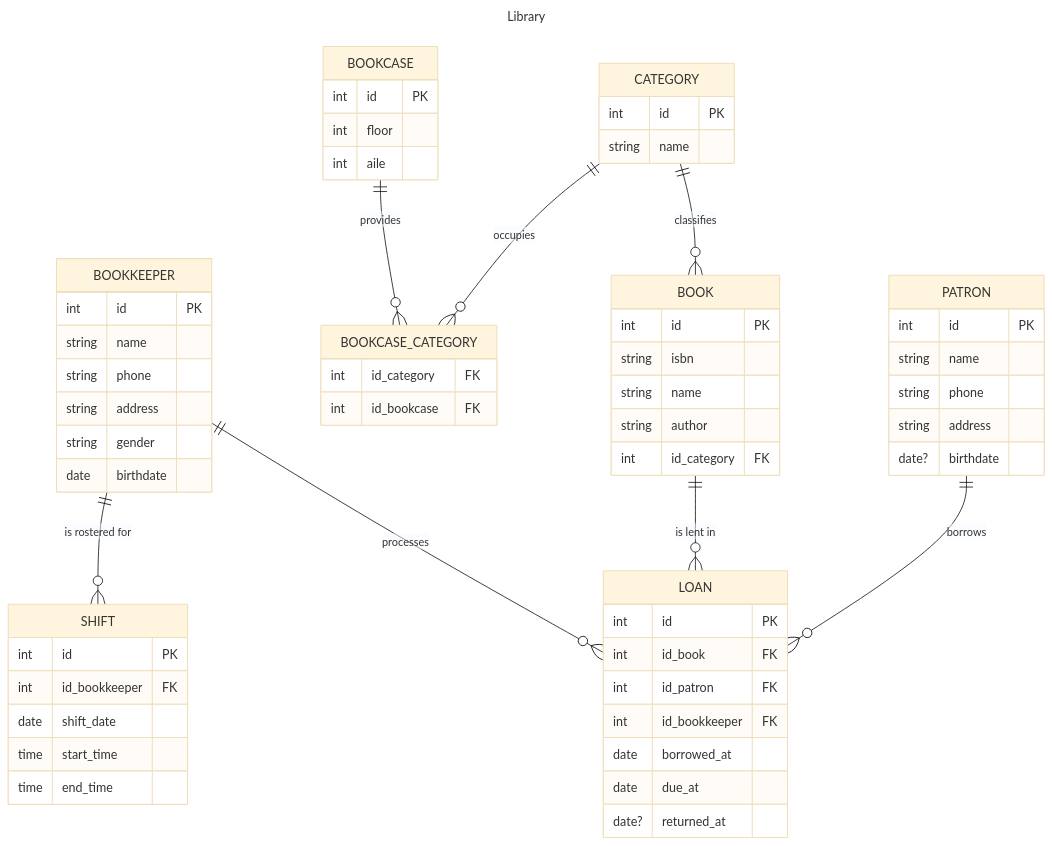
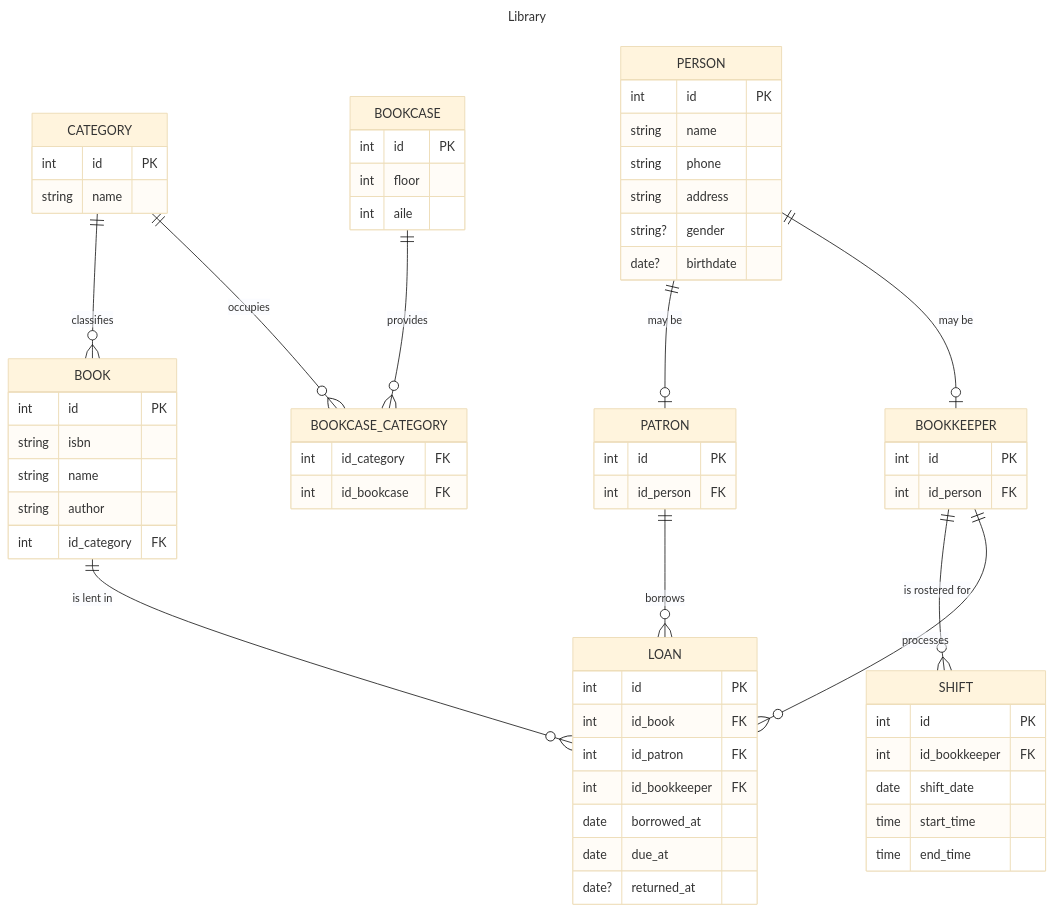
Before and after one commit to ryansuhartanto/koda-b8-db1: the diagram in README.md, drawn with Mermaid (base theme).

Commit message:
refactor: 1-to-1 person detail

```diff
--- a/README.md
+++ b/README.md
@@ -6,13 +6,15 @@
 ---
 title: Library
 ---
-
 erDiagram
 
 CATEGORY ||--o{ BOOK : "classifies"
 
 CATEGORY ||--o{ BOOKCASE_CATEGORY : "occupies"
 BOOKCASE ||--o{ BOOKCASE_CATEGORY : "provides"
+
+PERSON ||--o| PATRON : "may be"
+PERSON ||--o| BOOKKEEPER : "may be"
 
 BOOKKEEPER ||--o{ SHIFT : "is rostered for"
 
@@ -45,14 +47,19 @@
     int id_bookcase FK
 }
 
-BOOKKEEPER {
+PERSON {
     int id PK
     string name
     string phone
     string address
 
-    string gender
-    date birthdate
+    string? gender
+    date? birthdate
+}
+
+BOOKKEEPER {
+    int id PK
+    int id_person FK
 }
 
 SHIFT {
@@ -67,11 +74,7 @@
 
 PATRON {
     int id PK
-    string name
-    string phone
-    string address
-
-    date? birthdate
+    int id_person FK
 }
 
 LOAN {
```
